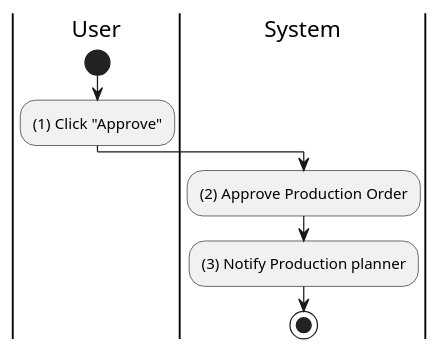
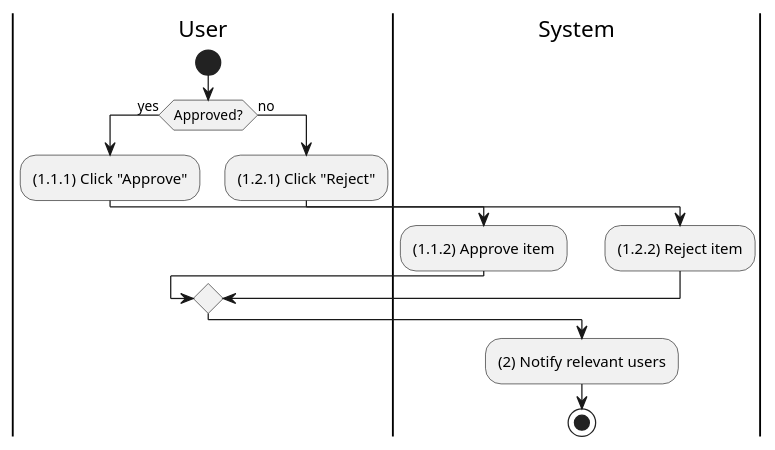
One commit to phihungha/SE357-Practice-class changed the diagram in Lab1/Lab1.2/activities/production-order-approve.plantuml. Above: the diagram before and after it, drawn with PlantUML. The commit also changed 200 other files, not shown here.

Commit message:
Improve purchase and production activities and sequences

```diff
--- a/Lab1/Lab1.2/activities/production-order-approve.plantuml
+++ b/Lab1/Lab1.2/activities/production-order-approve.plantuml
@@ -1,13 +1,21 @@
 @startuml production-order-approve
 |u|User
 |s|System
 
 |u|
 start
-:(1) Click "Approve";
 
-|s|
-:(2) Approve Production Order;
-:(3) Notify Production planner;
+if (Approved?) then (yes)
+    :(1.1.1) Click "Approve";
+    |s|
+    :(1.1.2) Approve item;
+else (no)
+    |u|
+    :(1.2.1) Click "Reject";
+    |s|
+    :(1.2.2) Reject item;
+endif
+
+:(2) Notify relevant users;
 stop
 @enduml
```
